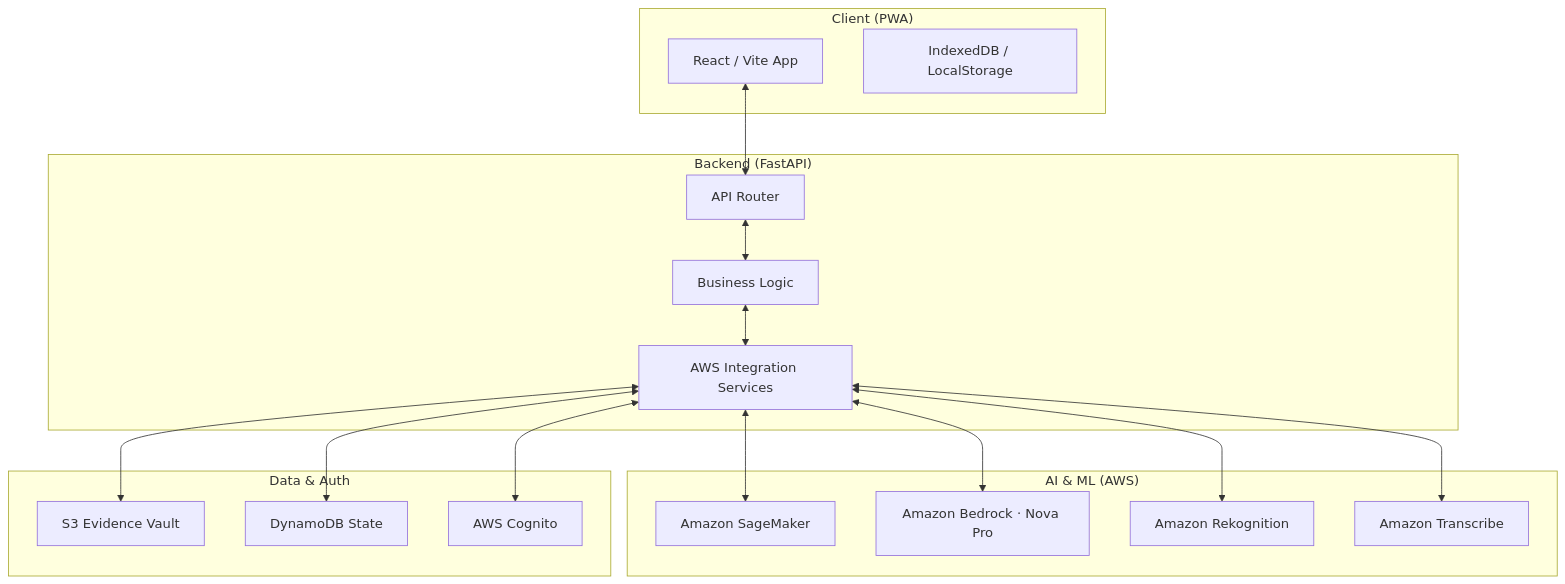
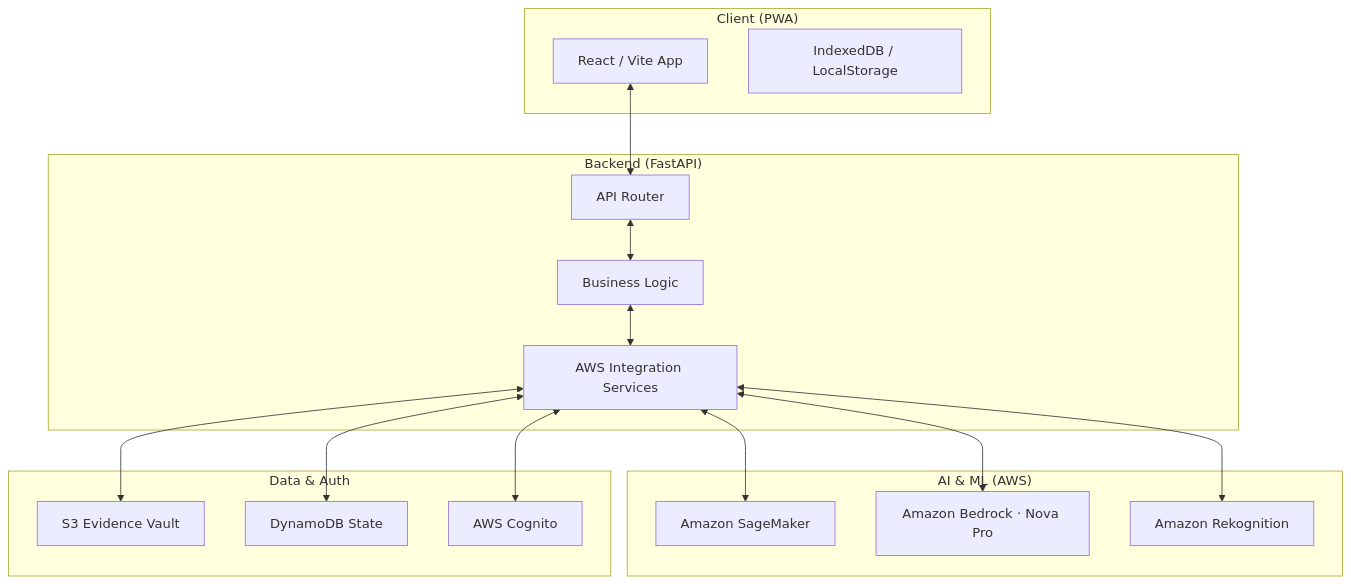
Before and after one commit to Vedant-Baldwa/sewa_sahayak: the diagram in README.md, drawn with Mermaid. The commit also changed other lines of this file, not shown here.

````diff
--- a/README.md
+++ b/README.md
@@ -164,31 +158,30 @@
 ```mermaid
 graph TB
     subgraph "Client (PWA)"
         UI[React / Vite App]
         STORAGE[IndexedDB / LocalStorage]
     end
 
     subgraph "Backend (FastAPI)"
         API[API Router]
         CORE[Business Logic]
         SVC[AWS Integration Services]
     end
 
     subgraph "AI & ML (AWS)"
         SAGEMAKER[Amazon SageMaker]
         BEDROCK[Amazon Bedrock · Nova Pro]
         REKOGNITION[Amazon Rekognition]
-        TRANSCRIBE[Amazon Transcribe]
     end
 
     subgraph "Data & Auth"
         S3[S3 Evidence Vault]
         DYNAMO[DynamoDB State]
         AUTH[AWS Cognito]
     end
 
     UI <--> API
     API <--> CORE <--> SVC
-    SVC <--> SAGEMAKER & BEDROCK & REKOGNITION & TRANSCRIBE
+    SVC <--> SAGEMAKER & BEDROCK & REKOGNITION
     SVC <--> S3 & DYNAMO & AUTH
 ```
````
